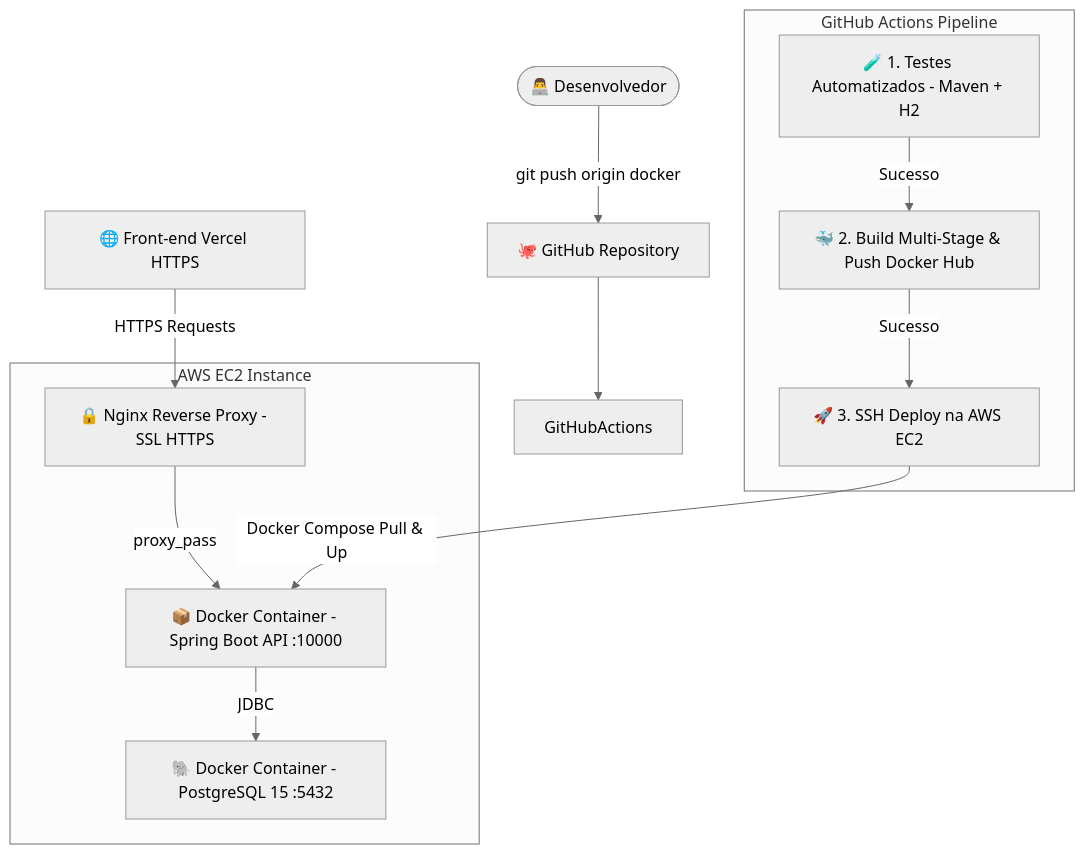
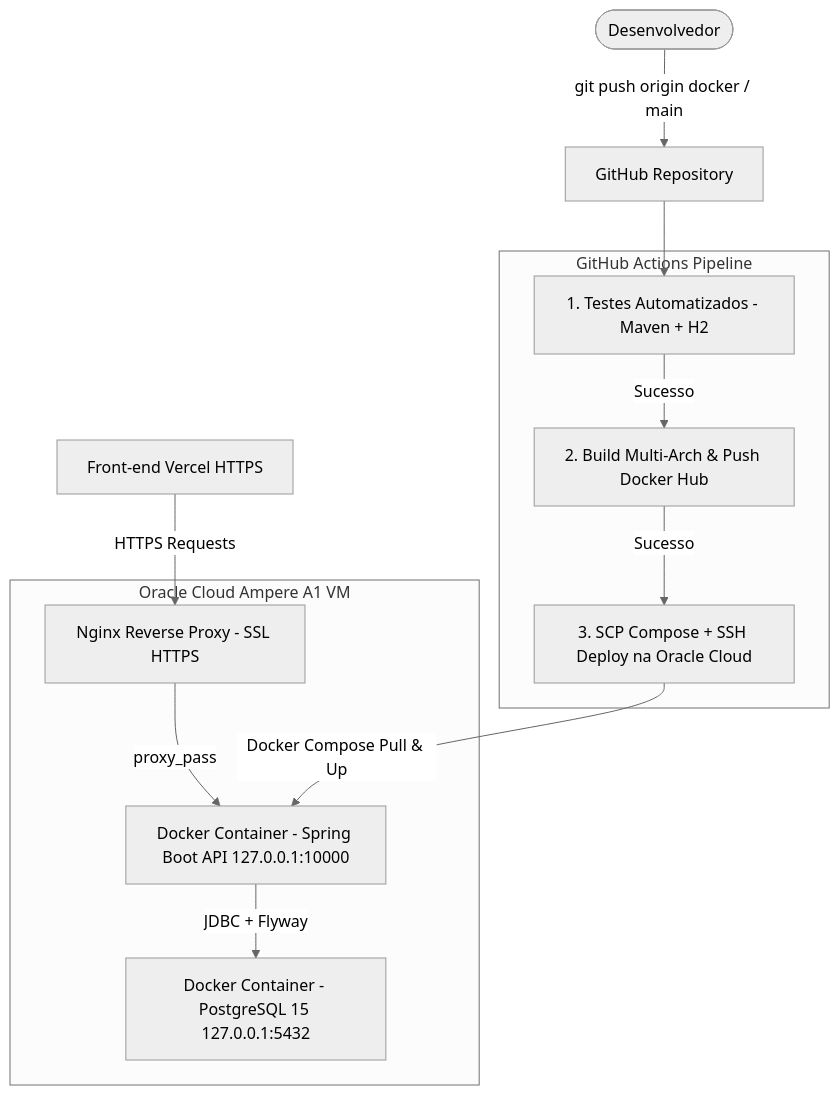
Before and after one commit to Savio-Marques/estoque-backend: the diagram in README.md, drawn with Mermaid (neutral theme). The commit also changed other lines of this file and 2 other files, not shown here.

Commit message:
chore: add .dockerignore, update README and support main branch in CI/CD

````diff
--- a/README.md
+++ b/README.md
@@ -57,27 +60,27 @@
 ```mermaid
 flowchart TD
-    Developer([👨‍💻 Desenvolvedor]) -->|git push origin docker| GitHub[🐙 GitHub Repository]
-    
+    Developer([Desenvolvedor]) -->|git push origin docker / main| GitHub[GitHub Repository]
+
     subgraph GitHub Actions Pipeline
-        TestJob[🧪 1. Testes Automatizados - Maven + H2]
-        BuildJob[🐳 2. Build Multi-Stage & Push Docker Hub]
-        DeployJob[🚀 3. SSH Deploy na AWS EC2]
-        
+        TestJob[1. Testes Automatizados - Maven + H2]
+        BuildJob[2. Build Multi-Arch & Push Docker Hub]
+        DeployJob[3. SCP Compose + SSH Deploy na Oracle Cloud]
+
         TestJob -->|Sucesso| BuildJob
         BuildJob -->|Sucesso| DeployJob
     end
-    
-    GitHub --> GitHubActions
-    
-    subgraph AWS EC2 Instance
-        Nginx[🔒 Nginx Reverse Proxy - SSL HTTPS]
-        DockerAPI[📦 Docker Container - Spring Boot API :10000]
-        PostgreSQL[🐘 Docker Container - PostgreSQL 15 :5432]
-        
+
+    GitHub --> TestJob
+
+    subgraph Oracle Cloud Ampere A1 VM
+        Nginx[Nginx Reverse Proxy - SSL HTTPS]
+        DockerAPI[Docker Container - Spring Boot API 127.0.0.1:10000]
+        PostgreSQL[Docker Container - PostgreSQL 15 127.0.0.1:5432]
+
         Nginx -->|proxy_pass| DockerAPI
-        DockerAPI -->|JDBC| PostgreSQL
+        DockerAPI -->|JDBC + Flyway| PostgreSQL
     end
-    
+
     DeployJob -->|Docker Compose Pull & Up| DockerAPI
-    Vercel[🌐 Front-end Vercel HTTPS] -->|HTTPS Requests| Nginx
+    Vercel[Front-end Vercel HTTPS] -->|HTTPS Requests| Nginx
 ```
````
